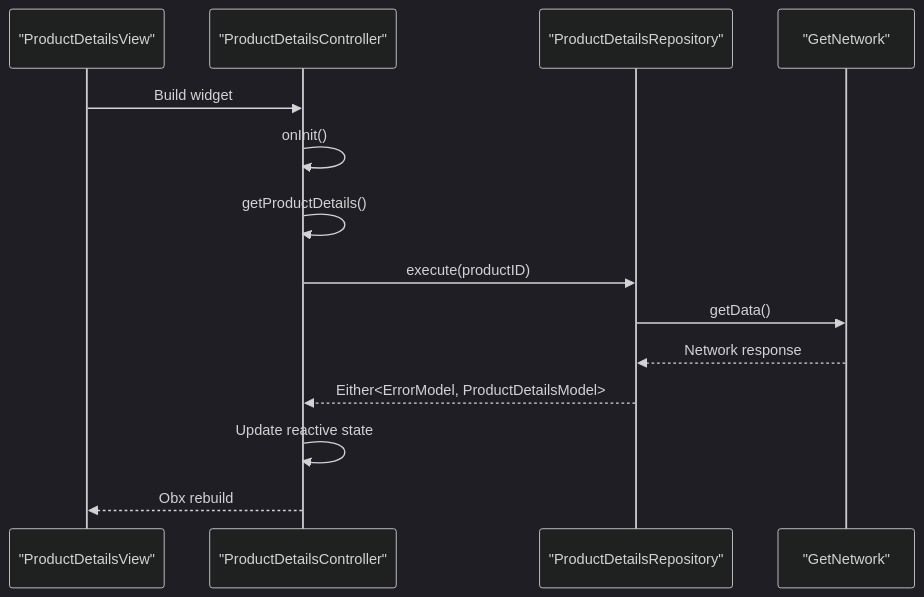
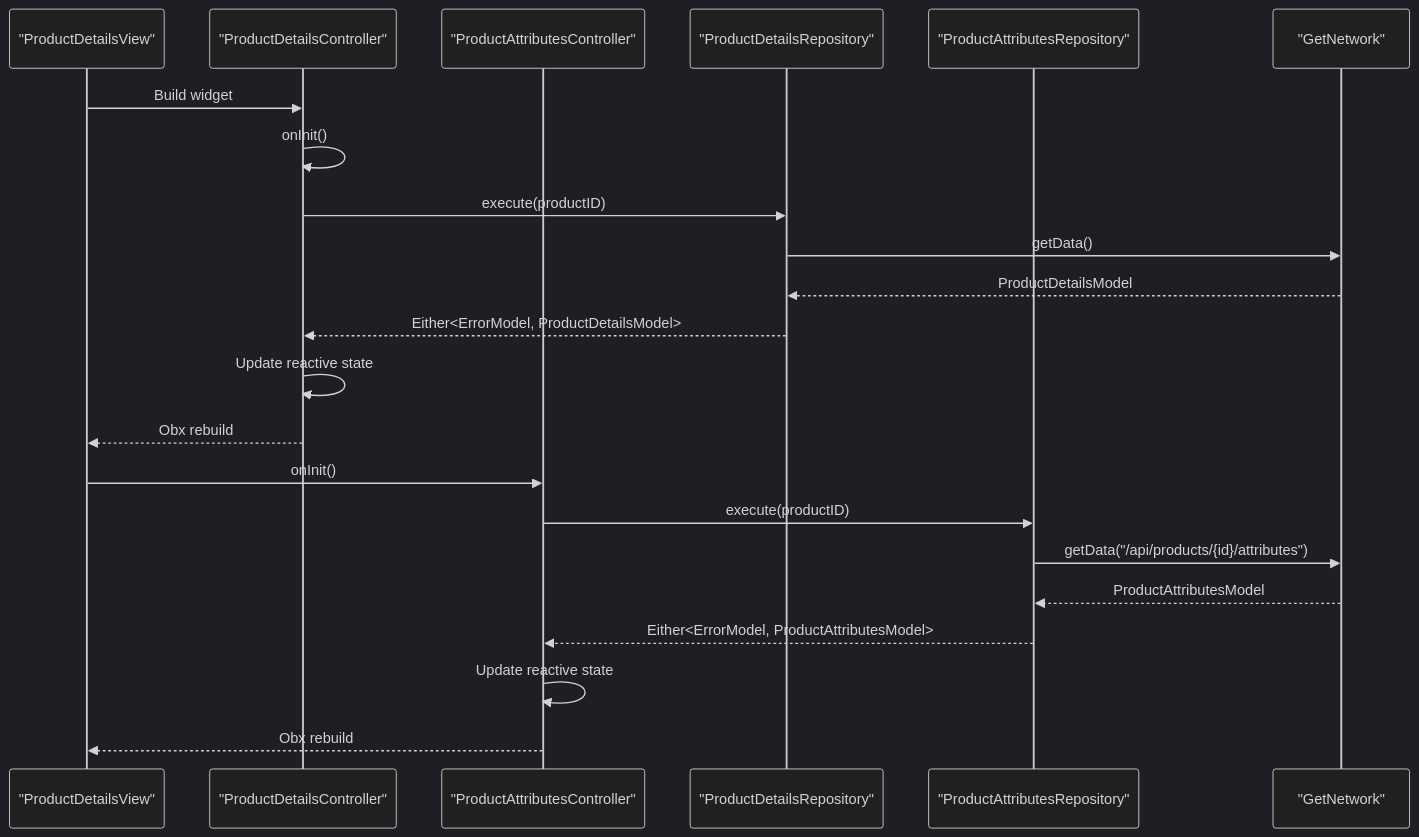
The third of 4 diagrams in .qoder/repowiki/en/content/Core Features/E-commerce Platform/Product Details and Information.md (Ariful3111/FurniGo), drawn with Mermaid (dark theme) before and after one commit. The commit also changed other lines of this file and 13 other files, not shown here.

````diff
--- a/.qoder/repowiki/en/content/Core Features/E-commerce Platform/Product Details and Information.md
+++ b/.qoder/repowiki/en/content/Core Features/E-commerce Platform/Product Details and Information.md
@@ -250,16 +341,24 @@
 ```mermaid
 sequenceDiagram
 participant V as "ProductDetailsView"
 participant C as "ProductDetailsController"
-participant R as "ProductDetailsRepository"
+participant AR as "ProductAttributesController"
+participant DR as "ProductDetailsRepository"
+participant ARR as "ProductAttributesRepository"
 participant N as "GetNetwork"
 V->>C : Build widget
 C->>C : onInit()
-C->>C : getProductDetails()
-C->>R : execute(productID)
-R->>N : getData()
-N-->>R : Network response
-R-->>C : Either<ErrorModel, ProductDetailsModel>
+C->>DR : execute(productID)
+DR->>N : getData()
+N-->>DR : ProductDetailsModel
+DR-->>C : Either<ErrorModel, ProductDetailsModel>
 C->>C : Update reactive state
 C-->>V : Obx rebuild
+V->>AR : onInit()
+AR->>ARR : execute(productID)
+ARR->>N : getData("/api/products/{id}/attributes")
+N-->>ARR : ProductAttributesModel
+ARR-->>AR : Either<ErrorModel, ProductAttributesModel>
+AR->>AR : Update reactive state
+AR-->>V : Obx rebuild
 ```
````
